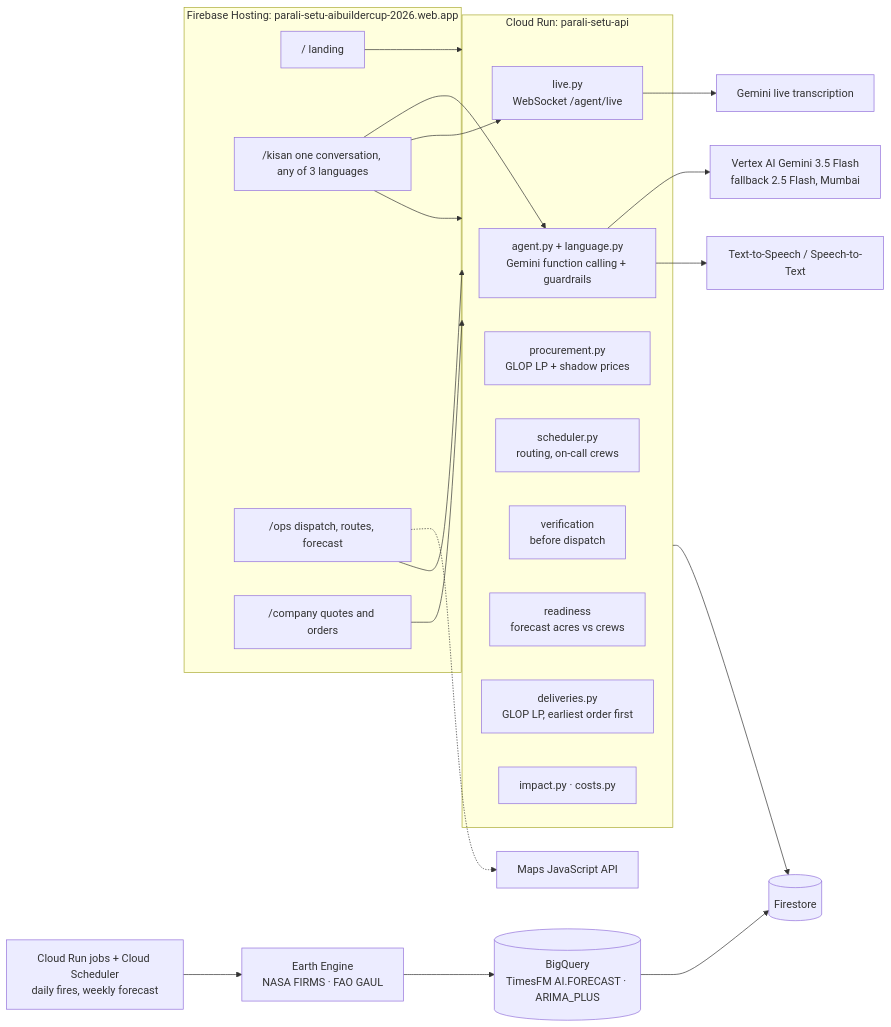
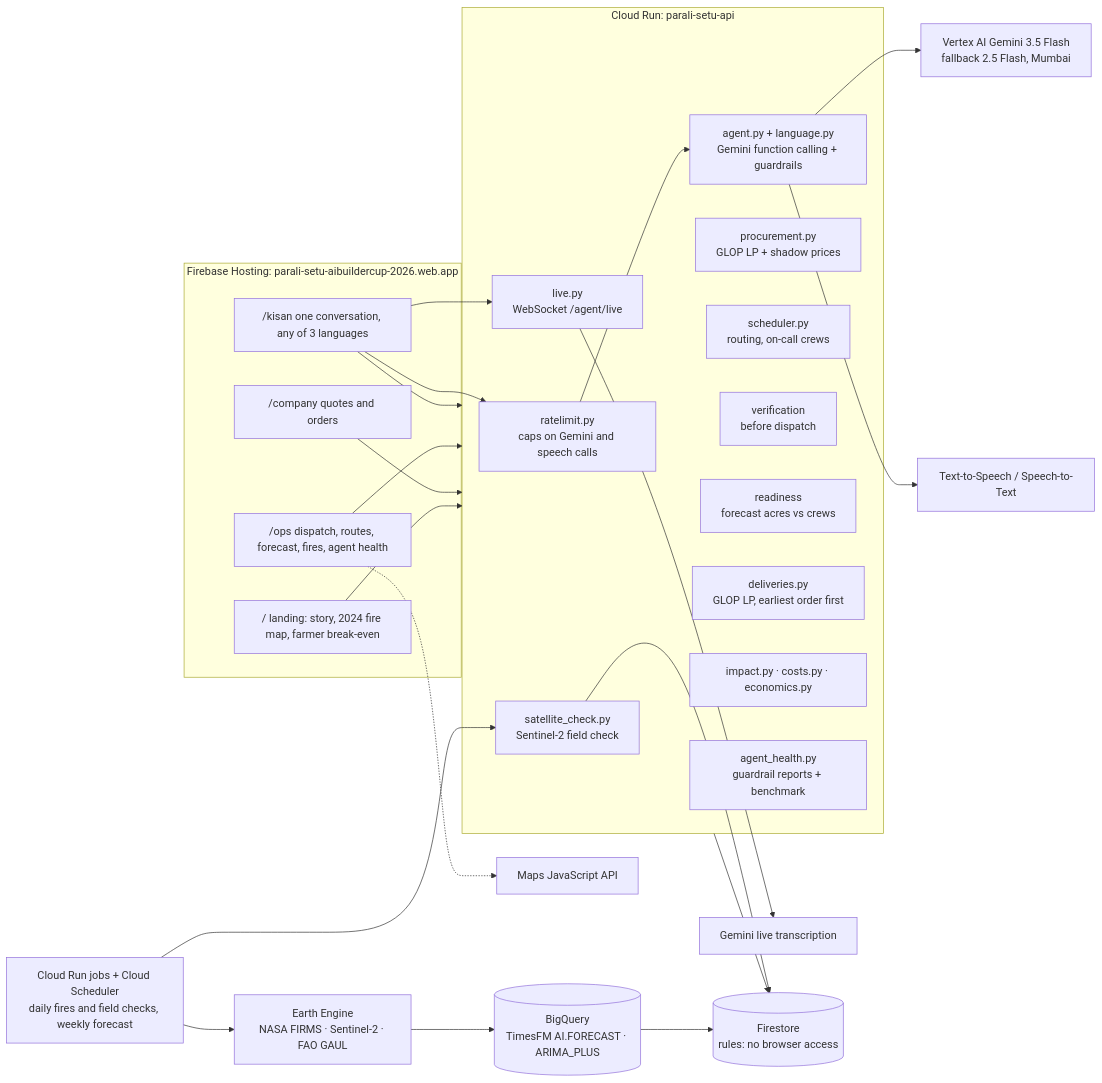
The first of 4 diagrams in docs/ARCHITECTURE.md (PeepSheep99/parali-setu), drawn with Mermaid before and after one commit. The commit also changed other lines of this file and 3 other files, not shown here.

First line of the commit message:
Update the architecture and booking-flow diagrams for the merged work

````diff
--- a/docs/ARCHITECTURE.md
+++ b/docs/ARCHITECTURE.md
@@ -23,35 +25,39 @@
 ```mermaid
 flowchart LR
   subgraph Apps[Firebase Hosting: parali-setu-aibuildercup-2026.web.app]
-    L["/ landing"]
+    L["/ landing: story, 2024 fire map, farmer break-even"]
     K["/kisan one conversation, any of 3 languages"]
-    O["/ops dispatch, routes, forecast"]
+    O["/ops dispatch, routes, forecast, fires, agent health"]
     C["/company quotes and orders"]
   end
   subgraph Run[Cloud Run: parali-setu-api]
+    RL[ratelimit.py<br/>caps on Gemini and speech calls]
     A[agent.py + language.py<br/>Gemini function calling + guardrails]
     LV[live.py<br/>WebSocket /agent/live]
     P[procurement.py<br/>GLOP LP + shadow prices]
     S[scheduler.py<br/>routing, on-call crews]
     VF[verification<br/>before dispatch]
     R[readiness<br/>forecast acres vs crews]
     D[deliveries.py<br/>GLOP LP, earliest order first]
-    I[impact.py · costs.py]
+    I[impact.py · costs.py · economics.py]
+    AH[agent_health.py<br/>guardrail reports + benchmark]
+    SC[satellite_check.py<br/>Sentinel-2 field check]
   end
   G[Vertex AI Gemini 3.5 Flash<br/>fallback 2.5 Flash, Mumbai]
   GL[Gemini live transcription]
   V[Text-to-Speech / Speech-to-Text]
-  F[(Firestore)]
+  F[(Firestore<br/>rules: no browser access)]
   BQ[(BigQuery<br/>TimesFM AI.FORECAST · ARIMA_PLUS)]
-  EE[Earth Engine<br/>NASA FIRMS · FAO GAUL]
-  J[Cloud Run jobs + Cloud Scheduler<br/>daily fires, weekly forecast]
+  EE[Earth Engine<br/>NASA FIRMS · Sentinel-2 · FAO GAUL]
+  J[Cloud Run jobs + Cloud Scheduler<br/>daily fires and field checks, weekly forecast]
   M[Maps JavaScript API]
-  K --> A
+  K --> RL --> A
   K --> LV --> GL
   K & O & C & L --> Run
   A --> G & V
   Run --> F
   EE --> BQ --> F
   J --> EE
+  J --> SC --> F
   O -.-> M
 ```
````
